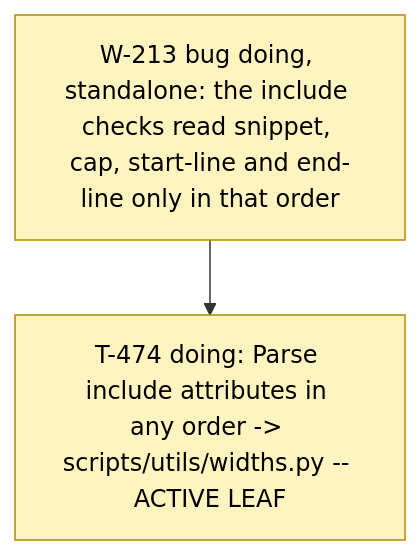
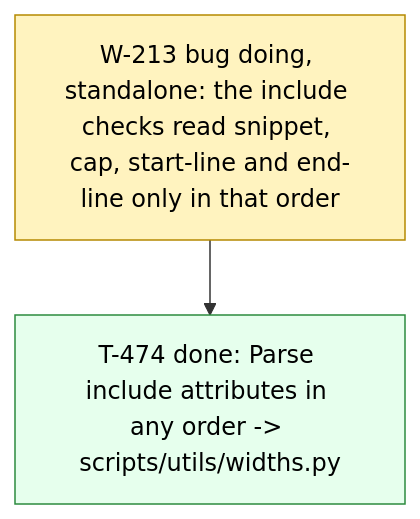
Before and after one commit to dpopchev/chaos-to-simple: the diagram in .board/BOARD.md, drawn with Mermaid. The commit also changed other lines of this file and 1 other file, not shown here.

Commit message:
chore(board): close T-474 -- W-213 ready to land
Refs: W-213 T-474

````diff
--- a/.board/BOARD.md
+++ b/.board/BOARD.md
@@ -1257,11 +1257,12 @@
 ```mermaid
 flowchart TD
   W213["W-213 bug doing, standalone: the include checks read snippet, cap, start-line and end-line only in that order"]
-  W213 --> T474["T-474 doing: Parse include attributes in any order -> scripts/utils/widths.py -- ACTIVE LEAF"]
+  W213 --> T474["T-474 done: Parse include attributes in any order -> scripts/utils/widths.py"]
   classDef doing fill:#fff3bf,stroke:#b58900,color:#000;
   classDef blocked fill:#ffe3e3,stroke:#c92a2a,color:#000;
   classDef done fill:#e6ffed,stroke:#2b8a3e,color:#000;
   classDef todo fill:#f8f9fa,stroke:#868e96,color:#000;
   classDef pruned fill:#f1f3f5,stroke:#adb5bd,color:#000;
-  class W213,T474 doing
+  class W213 doing
+  class T474 done
 ```
````
